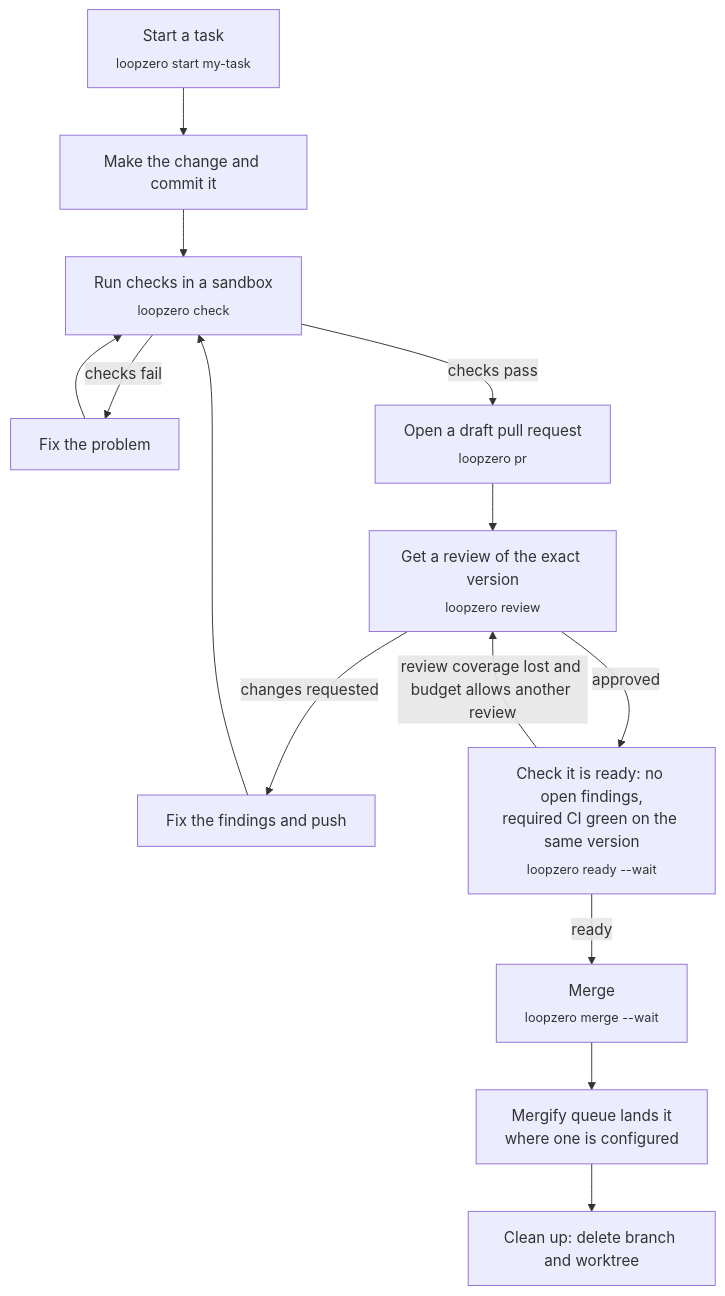
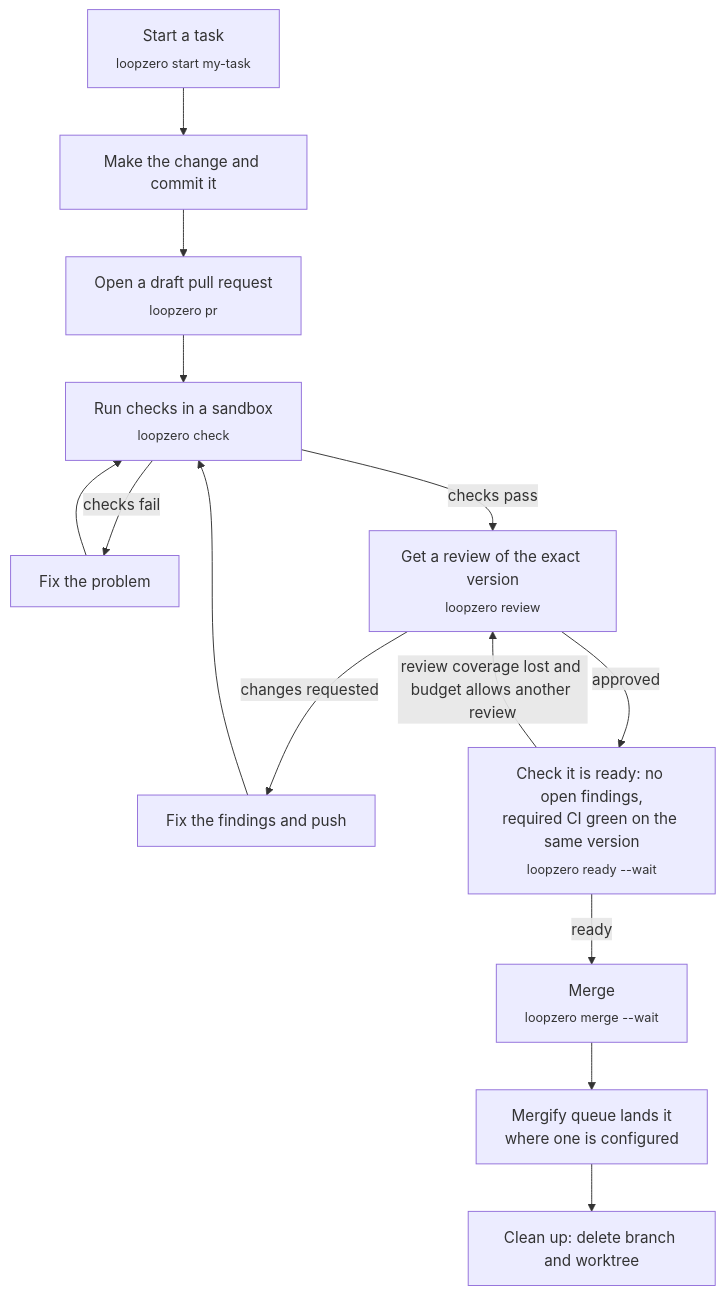
The first of 3 diagrams in docs/WORKFLOW.md (feder-positronics/loop-zero), drawn with Mermaid before and after one commit. The commit also changed other lines of this file and 6 other files, not shown here.

````diff
--- a/docs/WORKFLOW.md
+++ b/docs/WORKFLOW.md
@@ -9,16 +9,16 @@
 ```mermaid
 flowchart TD
     A["Start a task<br/><sub>loopzero start my-task</sub>"] --> B["Make the change and commit it"]
-    B --> C["Run checks in a sandbox<br/><sub>loopzero check</sub>"]
+    B --> E["Open a draft pull request<br/><sub>loopzero pr</sub>"]
+    E --> C["Run checks in a sandbox<br/><sub>loopzero check</sub>"]
     C -->|checks fail| D["Fix the problem"]
     D --> C
-    C -->|checks pass| E["Open a draft pull request<br/><sub>loopzero pr</sub>"]
-    E --> F["Get a review of the exact version<br/><sub>loopzero review</sub>"]
+    C -->|checks pass| F["Get a review of the exact version<br/><sub>loopzero review</sub>"]
     F -->|changes requested| G["Fix the findings and push"]
     G --> C
     F -->|approved| H["Check it is ready: no open findings,<br/>required CI green on the same version<br/><sub>loopzero ready --wait</sub>"]
     H -->|review coverage lost and budget allows another review| F
     H -->|ready| I["Merge<br/><sub>loopzero merge --wait</sub>"]
     I --> J["Mergify queue lands it<br/>where one is configured"]
     J --> K["Clean up: delete branch and worktree"]
 ```
````
